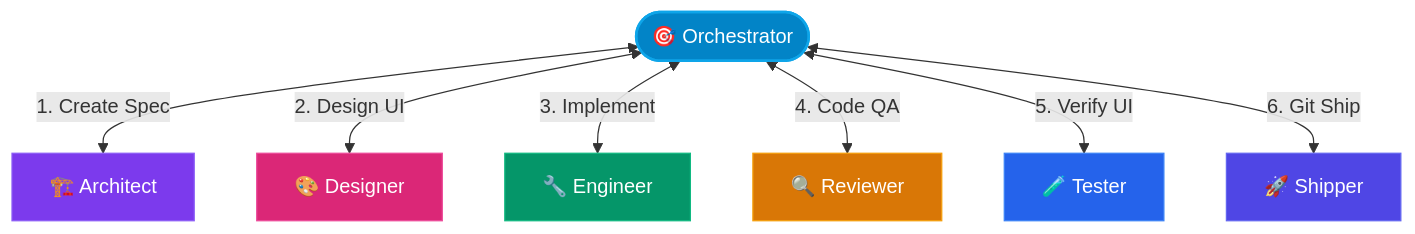
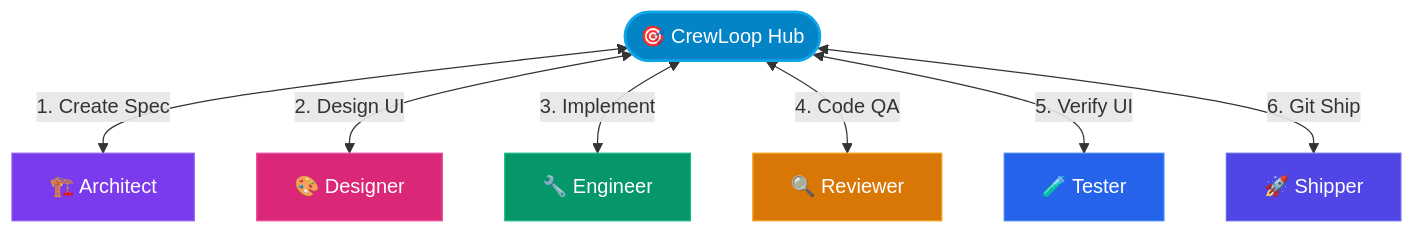
One commit to leorsousa05/CrewLoop changed the diagram in docs/public/docs/tools/workflow-test.md. Above: the diagram before and after it, drawn with Mermaid. The commit also changed other lines of this file and 69 other files, not shown here.

First line of the commit message:
refactor(core): rename orchestrator to crewloop-hub

````diff
--- a/docs/public/docs/tools/workflow-test.md
+++ b/docs/public/docs/tools/workflow-test.md
@@ -19,29 +19,29 @@
 ```mermaid
 graph TD
     %% Node Definitions
-    O(["🎯 Orchestrator"]):::orchestrator
+    O(["🎯 CrewLoop Hub"]):::crewloop-hub
     A["🏗️ Architect"]:::architect
     D["🎨 Designer"]:::designer
     E["🔧 Engineer"]:::engineer
     R["🔍 Reviewer"]:::reviewer
     T["🧪 Tester"]:::tester
     S["🚀 Shipper"]:::shipper
 
     %% Hub and Spoke Connections
     O <-->|1. Create Spec| A
     O <-->|2. Design UI| D
     O <-->|3. Implement| E
     O <-->|4. Code QA| R
     O <-->|5. Verify UI| T
     O <-->|6. Git Ship| S
 
     %% Class Definitions (CSS Theme Variables & Contrast Safe Colors)
     classDef default fill:#1e293b,stroke:#475569,stroke-width:1px,color:#f8fafc;
-    classDef orchestrator fill:#0284c7,stroke:#0ea5e9,stroke-dasharray: 0,color:#ffffff,stroke-width:2px;
+    classDef crewloop-hub fill:#0284c7,stroke:#0ea5e9,stroke-dasharray: 0,color:#ffffff,stroke-width:2px;
     classDef architect fill:#7c3aed,stroke:#8b5cf6,color:#ffffff,stroke-width:1px;
     classDef designer fill:#db2777,stroke:#ec4899,color:#ffffff,stroke-width:1px;
     classDef engineer fill:#059669,stroke:#10b981,color:#ffffff,stroke-width:1px;
     classDef reviewer fill:#d97706,stroke:#f59e0b,color:#ffffff,stroke-width:1px;
     classDef tester fill:#2563eb,stroke:#3b82f6,color:#ffffff,stroke-width:1px;
     classDef shipper fill:#4f46e5,stroke:#6366f1,color:#ffffff,stroke-width:1px;
 ```
````
